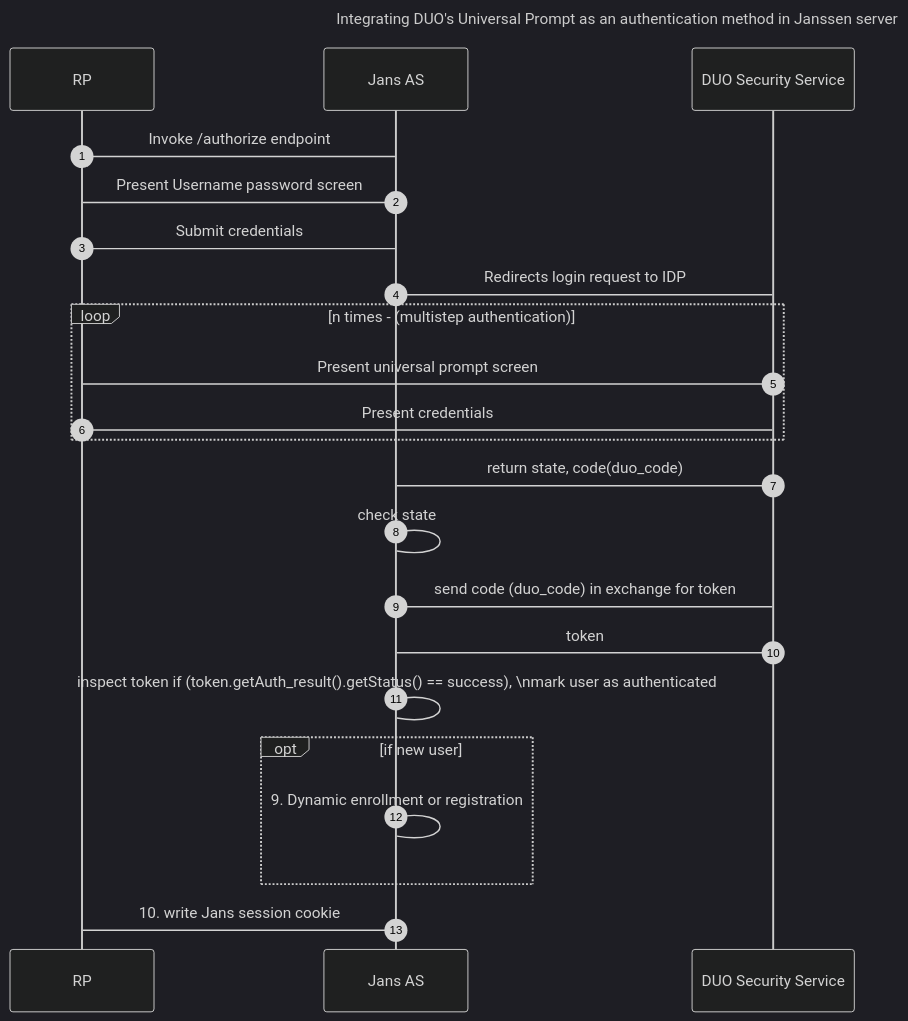
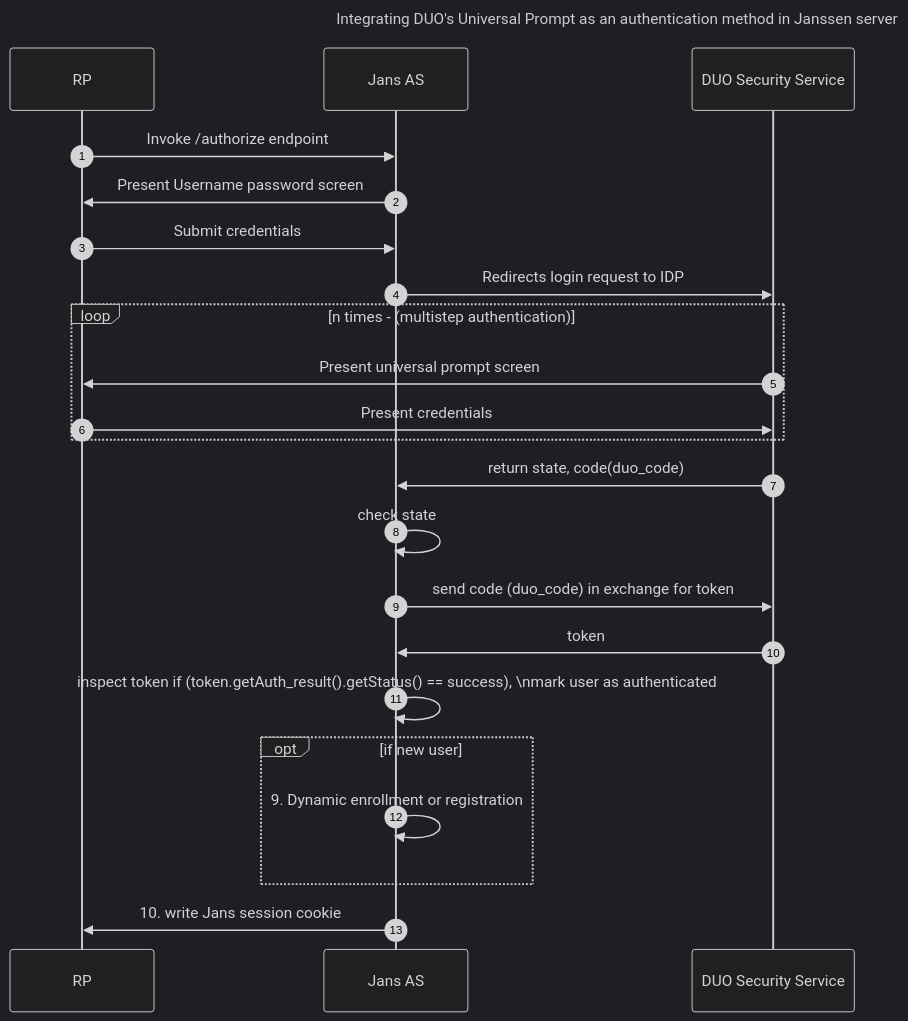
The diagram in docs/script-catalog/person_authentication/duo-external-authenticator/README.md (JanssenProject/jans), drawn with Mermaid (dark theme) before and after one commit.

Commit message:
docs: corrected flowchart syntax

````diff
--- a/docs/script-catalog/person_authentication/duo-external-authenticator/README.md
+++ b/docs/script-catalog/person_authentication/duo-external-authenticator/README.md
@@ -8,22 +8,22 @@
 ```mermaid 
 sequenceDiagram
 title Integrating DUO's Universal Prompt as an authentication method in Janssen server
 autonumber 1
-RP->Jans AS: Invoke /authorize endpoint
-Jans AS->RP: Present Username password screen
-RP->Jans AS: Submit credentials
-Jans AS->DUO Security Service: Redirects login request to IDP
+RP->>Jans AS: Invoke /authorize endpoint
+Jans AS->>RP: Present Username password screen
+RP->>Jans AS: Submit credentials
+Jans AS->>DUO Security Service: Redirects login request to IDP
 loop n times - (multistep authentication)
-DUO Security Service->RP: Present universal prompt screen
-RP->DUO Security Service: Present credentials
+DUO Security Service->>RP: Present universal prompt screen
+RP->>DUO Security Service: Present credentials
 end
-DUO Security Service->Jans AS: return state, code(duo_code)
-Jans AS->Jans AS: check state
-Jans AS->DUO Security Service: send code (duo_code) in exchange for token
-DUO Security Service ->   Jans AS: token
-Jans AS->Jans AS: inspect token if (token.getAuth_result().getStatus() == success), \nmark user as authenticated
+DUO Security Service->>Jans AS: return state, code(duo_code)
+Jans AS->>Jans AS: check state
+Jans AS->>DUO Security Service: send code (duo_code) in exchange for token
+DUO Security Service ->>   Jans AS: token
+Jans AS->>Jans AS: inspect token if (token.getAuth_result().getStatus() == success), \nmark user as authenticated
 opt if new user
-Jans AS->Jans AS: 9. Dynamic enrollment or registration
+Jans AS->>Jans AS: 9. Dynamic enrollment or registration
 end
-Jans AS->RP: 10. write Jans session cookie
+Jans AS->>RP: 10. write Jans session cookie
 ```
````
